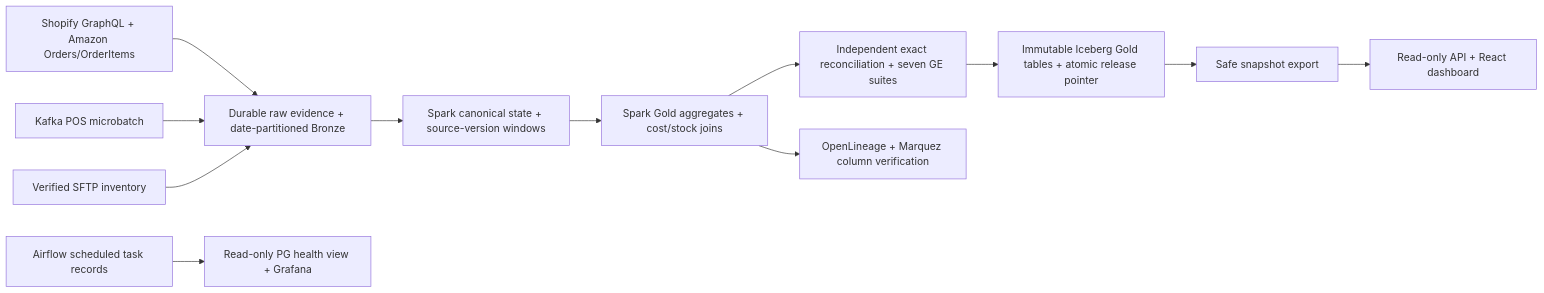
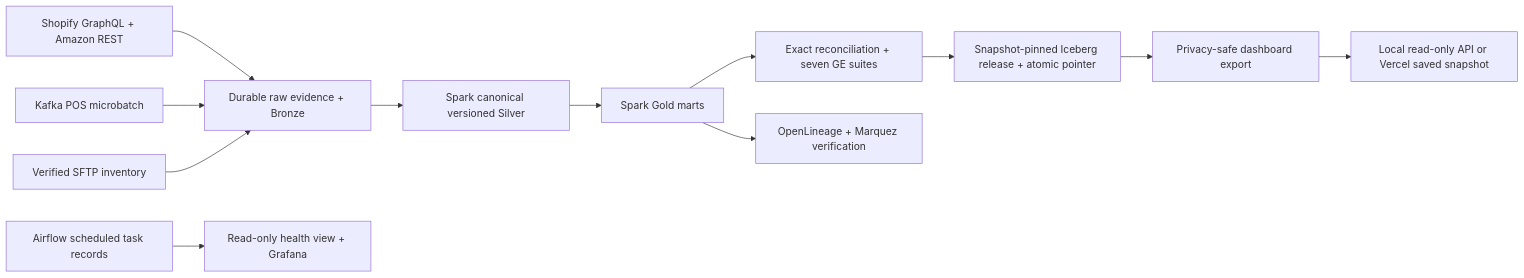
One commit to aadhilajas/cartco-lakehouse changed the diagram in README.md. Above: the diagram before and after it, drawn with Mermaid. The commit also changed other lines of this file and 47 other files, not shown here.

````diff
--- a/README.md
+++ b/README.md
@@ -37,14 +49,14 @@
 ```mermaid
 flowchart LR
-  A[Shopify GraphQL + Amazon Orders/OrderItems] --> B[Durable raw evidence + date-partitioned Bronze]
+  H[Shopify GraphQL + Amazon REST] --> B[Durable raw evidence + Bronze]
   K[Kafka POS microbatch] --> B
   I[Verified SFTP inventory] --> B
-  B --> S[Spark canonical state + source-version windows]
-  S --> G[Spark Gold aggregates + cost/stock joins]
-  G --> Q[Independent exact reconciliation + seven GE suites]
-  Q --> R[Immutable Iceberg Gold tables + atomic release pointer]
-  R --> E[Safe snapshot export]
-  E --> W[Read-only API + React dashboard]
-  G --> L[OpenLineage + Marquez column verification]
-  F[Airflow scheduled task records] --> O[Read-only PG health view + Grafana]
+  B --> S[Spark canonical versioned Silver]
+  S --> G[Spark Gold marts]
+  G --> Q[Exact reconciliation + seven GE suites]
+  Q --> R[Snapshot-pinned Iceberg release + atomic pointer]
+  R --> E[Privacy-safe dashboard export]
+  E --> W[Local read-only API or Vercel saved snapshot]
+  G --> L[OpenLineage + Marquez verification]
+  A[Airflow scheduled task records] --> O[Read-only health view + Grafana]
 ```
````
